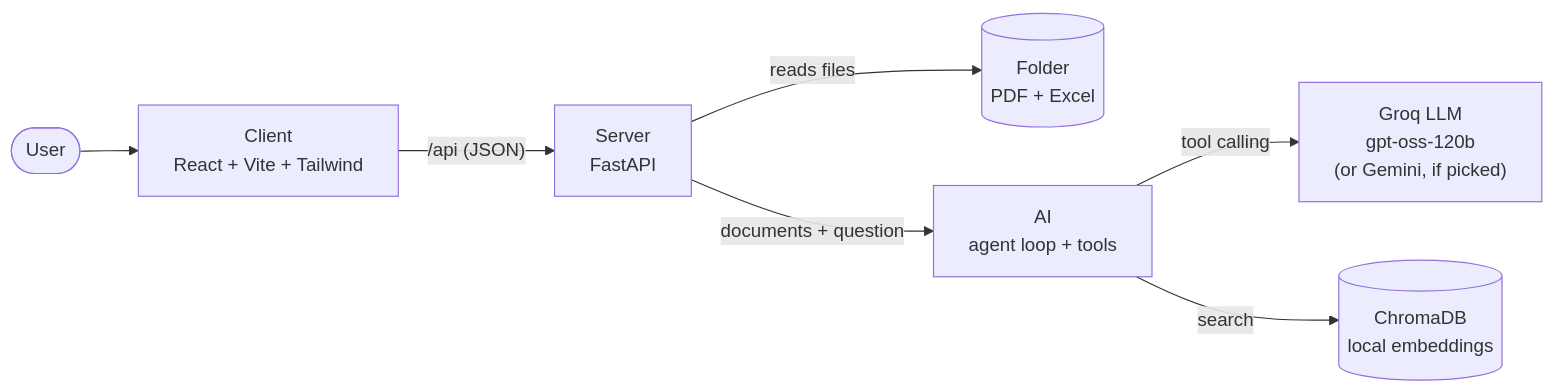
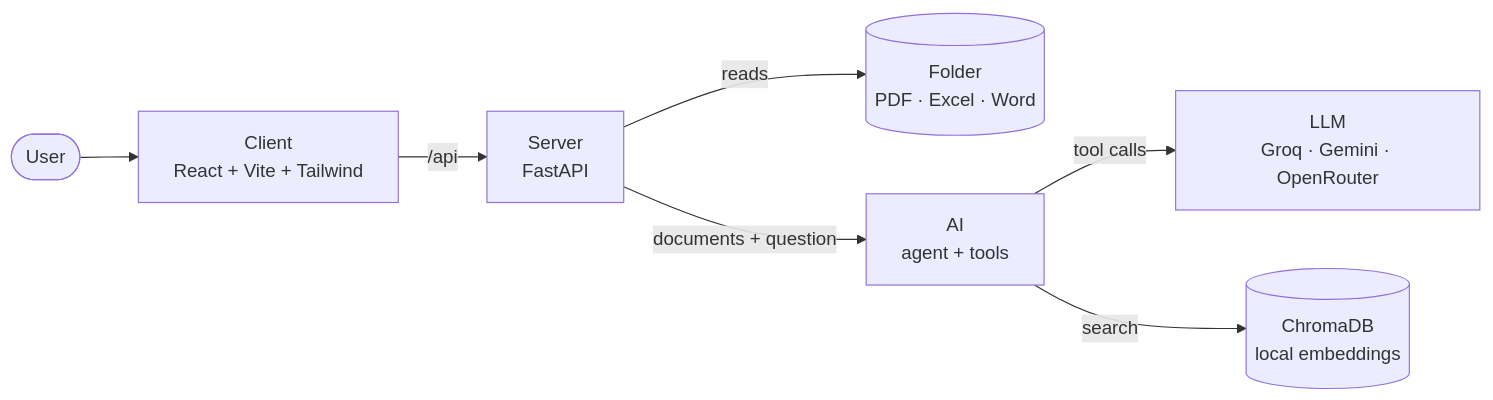
Before and after one commit to MahmoudAmouni/project-lens: the first of 2 diagrams in README.md, drawn with Mermaid. The commit also changed other lines of this file, not shown here.

Commit message:
Docs -> rewrite README as tables and diagrams

````diff
--- a/README.md
+++ b/README.md
@@ -100,9 +37,9 @@
 ```mermaid
 flowchart LR
     U([User]) --> C["Client<br/>React + Vite + Tailwind"]
-    C -- "/api (JSON)" --> S["Server<br/>FastAPI"]
-    S -- "reads files" --> F[("Folder<br/>PDF + Excel")]
-    S -- "documents + question" --> A["AI<br/>agent loop + tools"]
-    A -- "tool calling" --> G["Groq LLM<br/>gpt-oss-120b<br/>(or Gemini, if picked)"]
+    C -- "/api" --> S["Server<br/>FastAPI"]
+    S -- "reads" --> F[("Folder<br/>PDF · Excel · Word")]
+    S -- "documents + question" --> A["AI<br/>agent + tools"]
+    A -- "tool calls" --> L["LLM<br/>Groq · Gemini · OpenRouter"]
     A -- "search" --> V[("ChromaDB<br/>local embeddings")]
 ```
````
